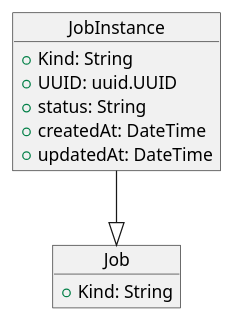
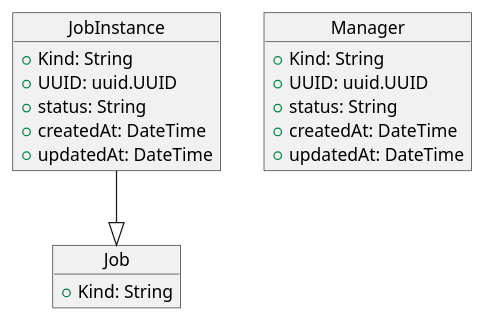
One commit to cybergarage/go-job changed the diagram in doc/img/job_object.pu. Above: the diagram before and after it, drawn with PlantUML.

Commit message:
Update images

```diff
--- a/doc/img/job_object.pu
+++ b/doc/img/job_object.pu
@@ -1,17 +1,25 @@
 @startuml
 
 object Job{
   +Kind: String
 }
 
 object JobInstance {
   +Kind: String
   +UUID: uuid.UUID
   +status: String
   +createdAt: DateTime
   +updatedAt: DateTime
 }
 
 JobInstance --|> Job
 
+object Manager {
+  +Kind: String
+  +UUID: uuid.UUID
+  +status: String
+  +createdAt: DateTime
+  +updatedAt: DateTime
+}
+
 @enduml
```
